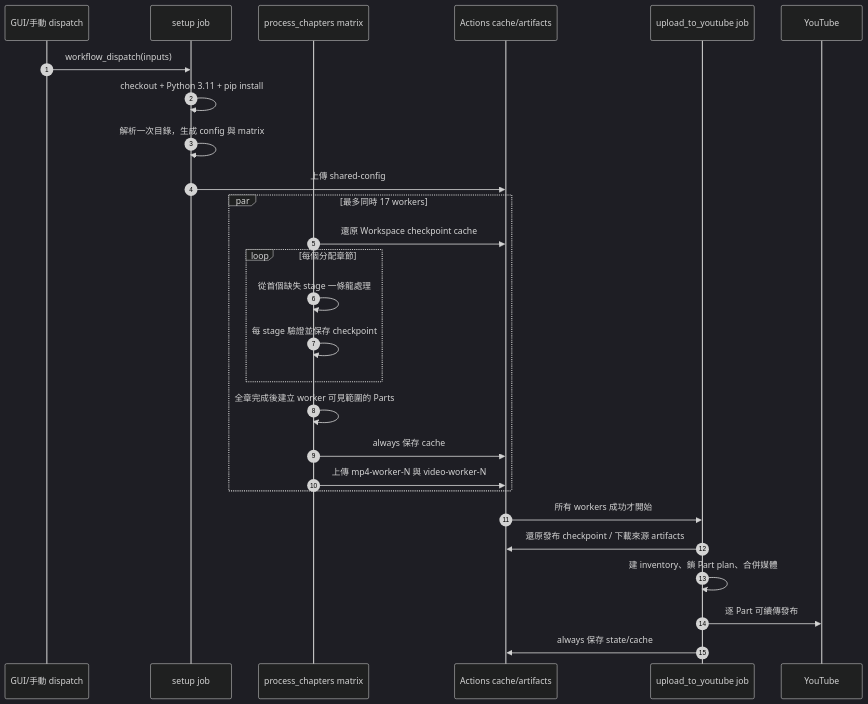
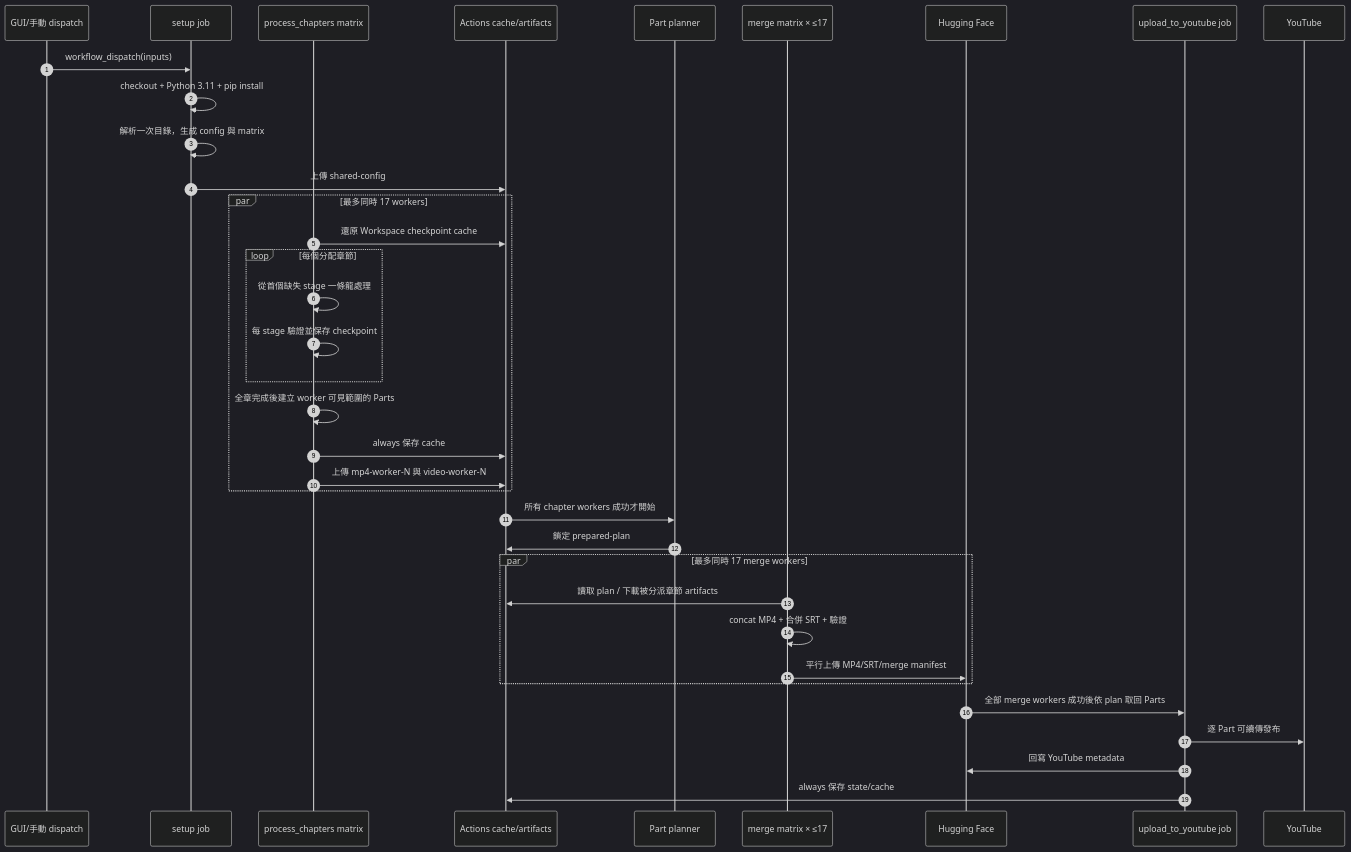
One commit to hub-google/audiobook-generator changed the diagram in 系統需求書/03-執行流程.md. Above: the diagram before and after it, drawn with Mermaid (dark theme). The commit also changed other lines of this file and 10 other files, not shown here.

````diff
--- a/系統需求書/03-執行流程.md
+++ b/系統需求書/03-執行流程.md
@@ -19,29 +19,38 @@
 ```mermaid
 sequenceDiagram
     autonumber
     participant G as GUI/手動 dispatch
     participant S as setup job
     participant W as process_chapters matrix
     participant C as Actions cache/artifacts
+    participant P as Part planner
+    participant M as merge matrix × ≤17
+    participant H as Hugging Face
     participant U as upload_to_youtube job
     participant Y as YouTube
     G->>S: workflow_dispatch(inputs)
     S->>S: checkout + Python 3.11 + pip install
     S->>S: 解析一次目錄，生成 config 與 matrix
     S->>C: 上傳 shared-config
     par 最多同時 17 workers
         W->>C: 還原 Workspace checkpoint cache
         loop 每個分配章節
             W->>W: 從首個缺失 stage 一條龍處理
             W->>W: 每 stage 驗證並保存 checkpoint
         end
         W->>W: 全章完成後建立 worker 可見範圍的 Parts
         W->>C: always 保存 cache
         W->>C: 上傳 mp4-worker-N 與 video-worker-N
     end
-    C->>U: 所有 workers 成功才開始
-    U->>C: 還原發布 checkpoint / 下載來源 artifacts
-    U->>U: 建 inventory、鎖 Part plan、合併媒體
+    C->>P: 所有 chapter workers 成功才開始
+    P->>C: 鎖定 prepared-plan
+    par 最多同時 17 merge workers
+        M->>C: 讀取 plan / 下載被分派章節 artifacts
+        M->>M: concat MP4 + 合併 SRT + 驗證
+        M->>H: 平行上傳 MP4/SRT/merge manifest
+    end
+    H->>U: 全部 merge workers 成功後依 plan 取回 Parts
     U->>Y: 逐 Part 可續傳發布
+    U->>H: 回寫 YouTube metadata
     U->>C: always 保存 state/cache
 ```
````
